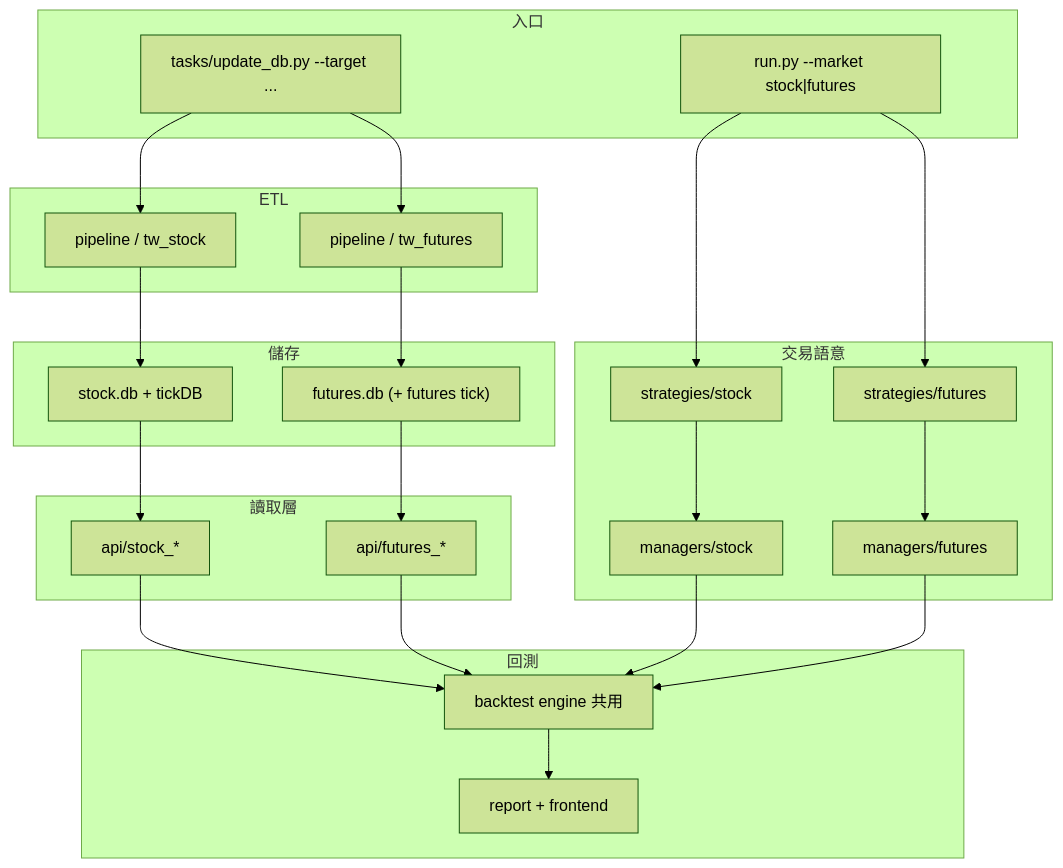
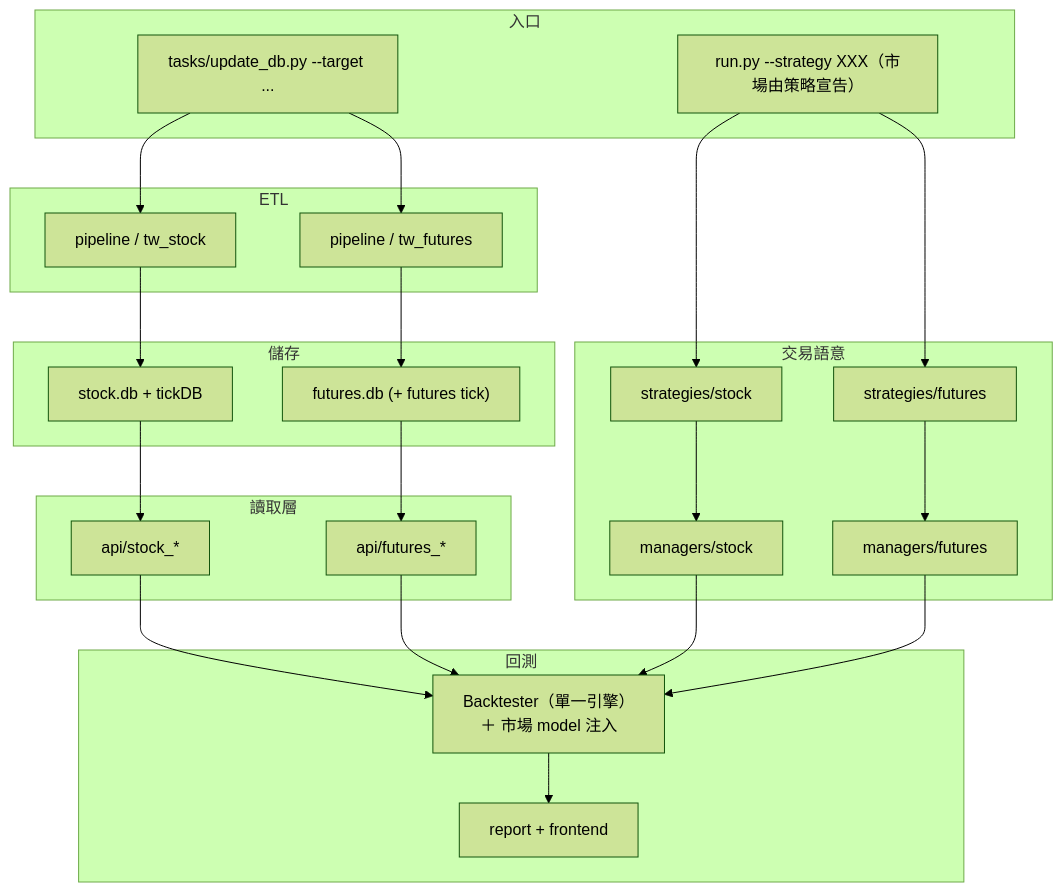
The diagram in backlog/台期貨ETL與回測架構規劃.md (kuo220/AlphaEdge), drawn with Mermaid (forest theme) before and after one commit. The commit also changed other lines of this file and 14 other files, not shown here.

````diff
--- a/backlog/台期貨ETL與回測架構規劃.md
+++ b/backlog/台期貨ETL與回測架構規劃.md
@@ -96,44 +97,44 @@
 ```mermaid
 flowchart TB
   subgraph entry [入口]
-    Run["run.py --market stock|futures"]
+    Run["run.py --strategy XXX（市場由策略宣告）"]
     Tasks["tasks/update_db.py --target ..."]
   end
 
   subgraph etl [ETL]
     StockPipe["pipeline / tw_stock"]
     FutPipe["pipeline / tw_futures"]
   end
 
   subgraph store [儲存]
     StockDB["stock.db + tickDB"]
     FutDB["futures.db (+ futures tick)"]
   end
 
   subgraph read [讀取層]
     StockAPI["api/stock_*"]
     FutAPI["api/futures_*"]
   end
 
   subgraph trade [交易語意]
     StockStrat["strategies/stock"]
     FutStrat["strategies/futures"]
     StockMgr["managers/stock"]
     FutMgr["managers/futures"]
   end
 
   subgraph bt [回測]
-    Engine["backtest engine 共用"]
+    Engine["Backtester（單一引擎）\n＋ 市場 model 注入"]
     Report["report + frontend"]
   end
 
   Tasks --> StockPipe --> StockDB --> StockAPI
   Tasks --> FutPipe --> FutDB --> FutAPI
   Run --> StockStrat --> StockMgr
   Run --> FutStrat --> FutMgr
   StockAPI --> Engine
   FutAPI --> Engine
   StockMgr --> Engine
   FutMgr --> Engine
   Engine --> Report
 ```
````
